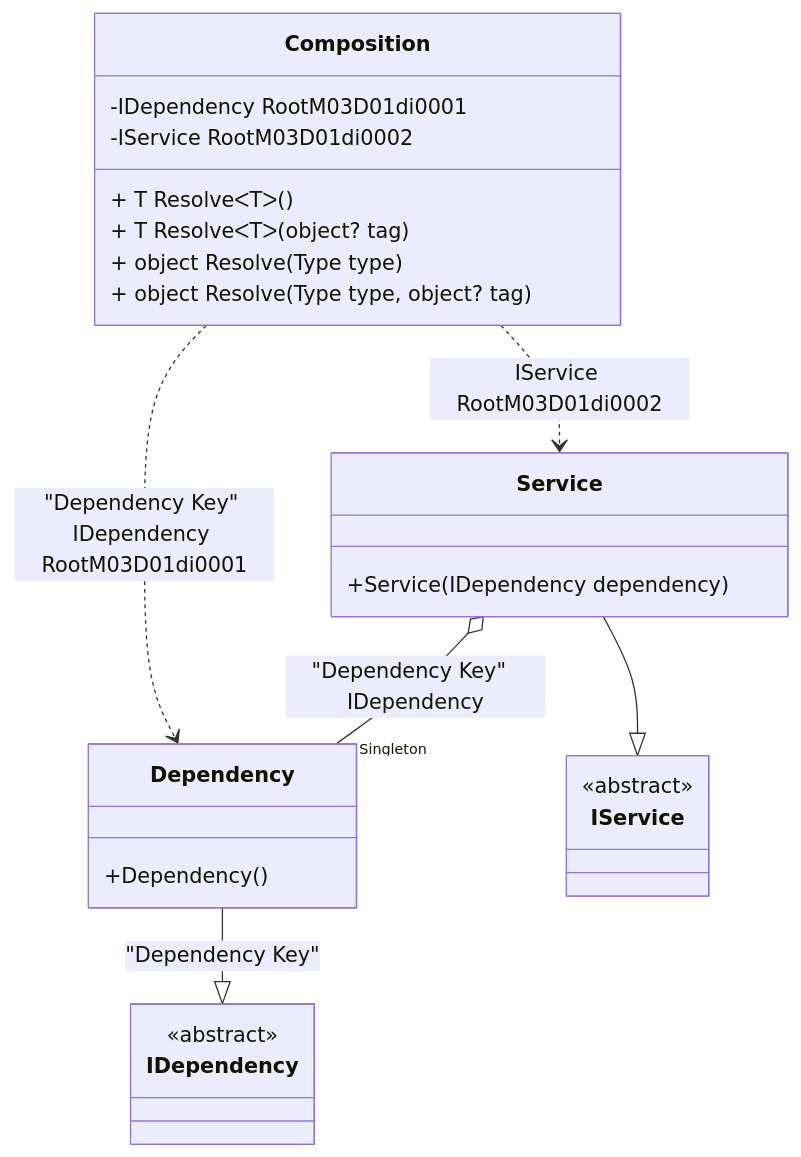
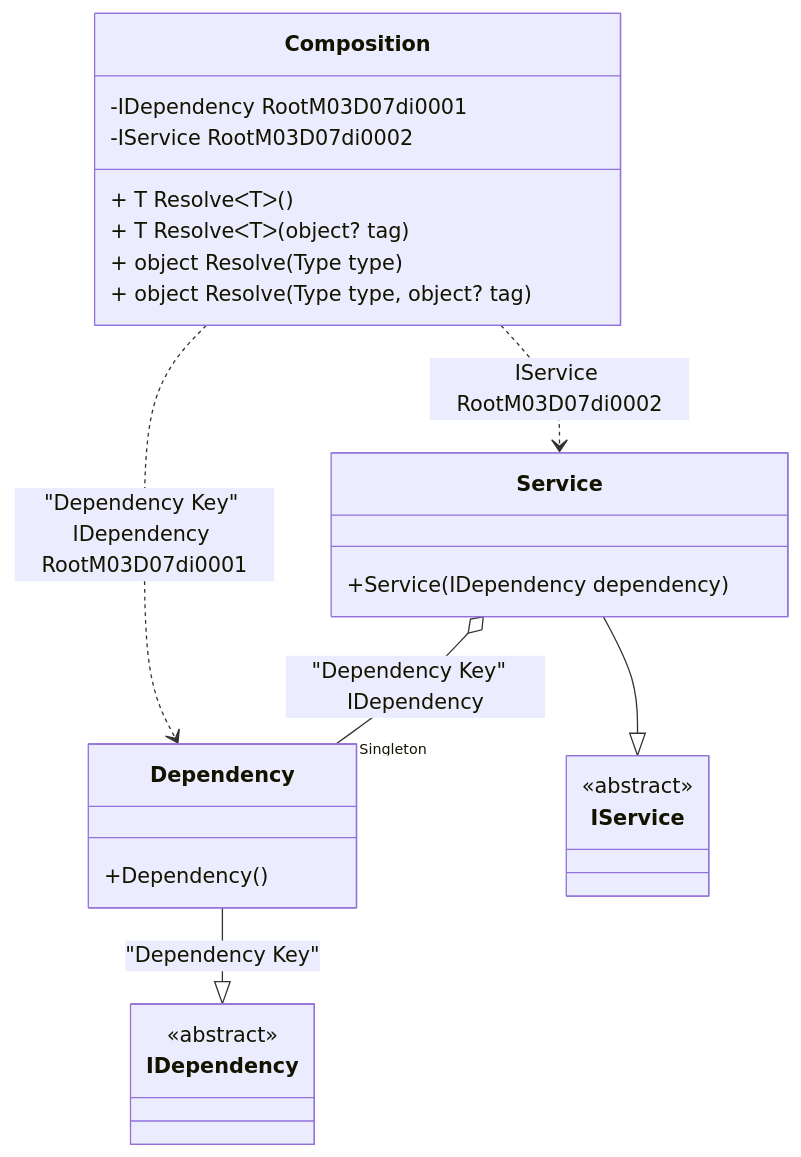
One commit to DevTeam/Pure.DI changed the diagram in readme/service-collection.md. Above: the diagram before and after it, drawn with Mermaid. The commit also changed other lines of this file and 83 other files, not shown here.

````diff
--- a/readme/service-collection.md
+++ b/readme/service-collection.md
@@ -47,28 +47,28 @@
 ```mermaid
 classDiagram
   class Composition {
-    -IDependency RootM03D01di0001
-    -IService RootM03D01di0002
+    -IDependency RootM03D07di0001
+    -IService RootM03D07di0002
     + T ResolveᐸTᐳ()
     + T ResolveᐸTᐳ(object? tag)
     + object Resolve(Type type)
     + object Resolve(Type type, object? tag)
   }
   Dependency --|> IDependency : "Dependency Key" 
   class Dependency {
     +Dependency()
   }
   Service --|> IService : 
   class Service {
     +Service(IDependency dependency)
   }
   class IDependency {
     <<abstract>>
   }
   class IService {
     <<abstract>>
   }
   Service o--  "Singleton" Dependency : "Dependency Key"  IDependency
-  Composition ..> Dependency : "Dependency Key" IDependency RootM03D01di0001
-  Composition ..> Service : IService RootM03D01di0002
+  Composition ..> Dependency : "Dependency Key" IDependency RootM03D07di0001
+  Composition ..> Service : IService RootM03D07di0002
 ```
````
